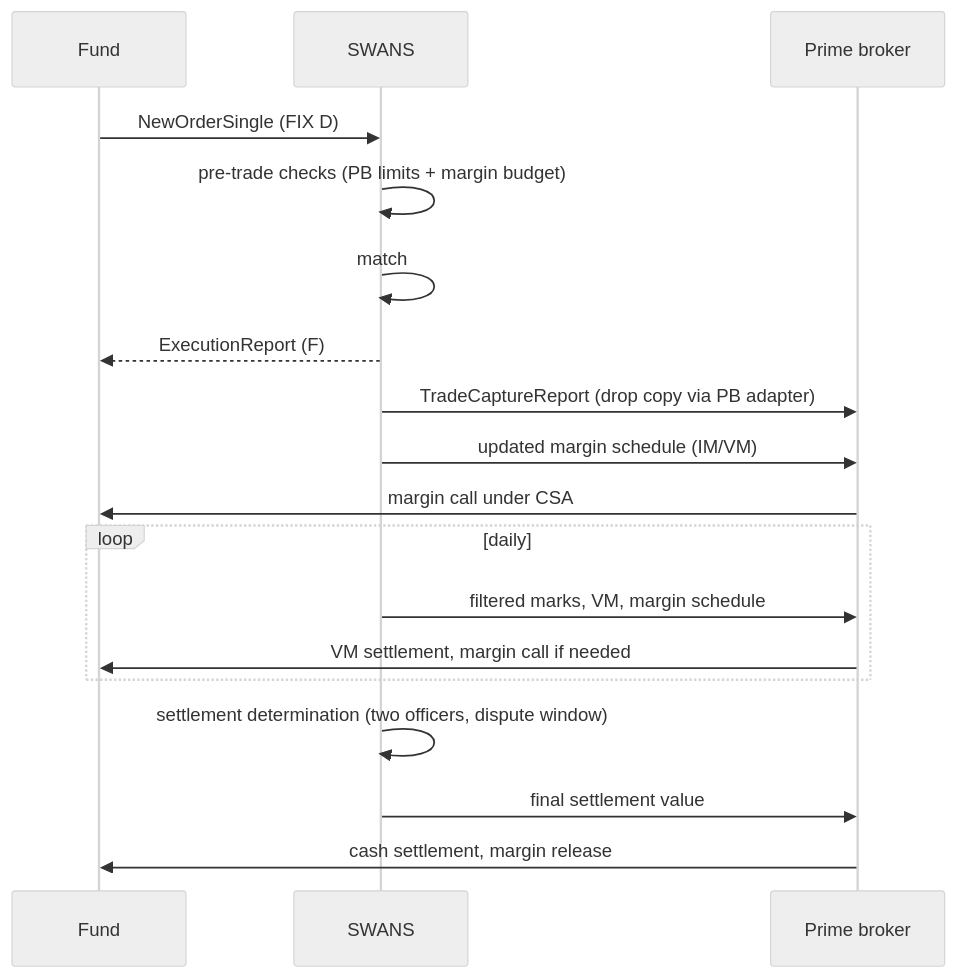
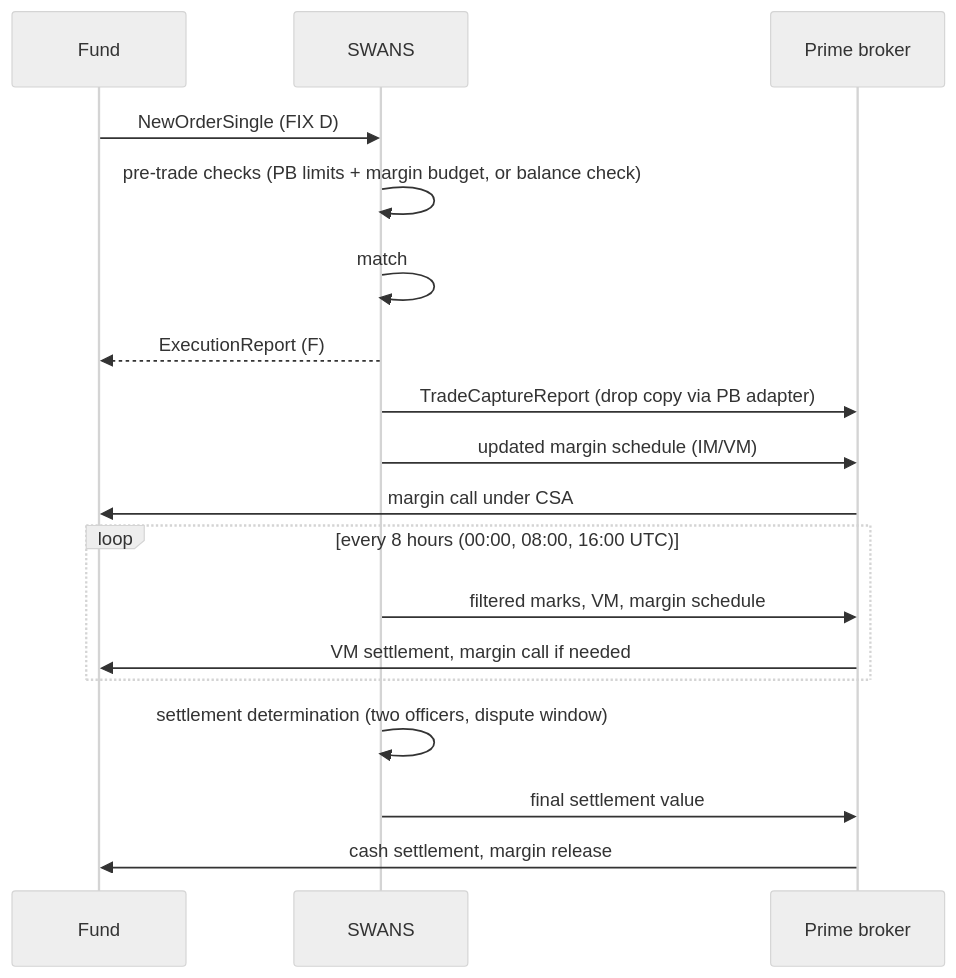
Before and after one commit to LevonDerma1221/swans-docs: the second of 7 diagrams in docs/diagrams.md, drawn with Mermaid (neutral theme). The commit also changed other lines of this file and 10 other files, not shown here.

````diff
--- a/docs/diagrams.md
+++ b/docs/diagrams.md
@@ -55,20 +59,20 @@
 ```mermaid
 sequenceDiagram
   participant F as Fund
   participant S as SWANS
   participant P as Prime broker
   F->>S: NewOrderSingle (FIX D)
-  S->>S: pre-trade checks (PB limits + margin budget)
+  S->>S: pre-trade checks (PB limits + margin budget, or balance check)
   S->>S: match
   S-->>F: ExecutionReport (F)
   S->>P: TradeCaptureReport (drop copy via PB adapter)
   S->>P: updated margin schedule (IM/VM)
   P->>F: margin call under CSA
-  loop daily
+  loop every 8 hours (00:00, 08:00, 16:00 UTC)
     S->>P: filtered marks, VM, margin schedule
     P->>F: VM settlement, margin call if needed
   end
   S->>S: settlement determination (two officers, dispute window)
   S->>P: final settlement value
   P->>F: cash settlement, margin release
 ```
````
